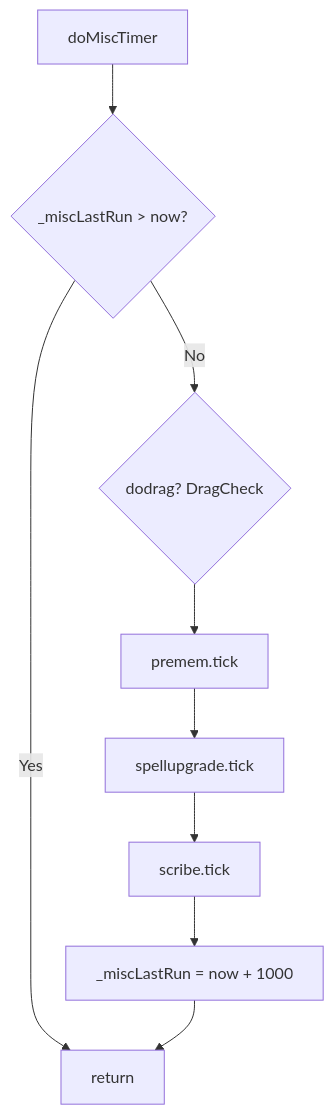
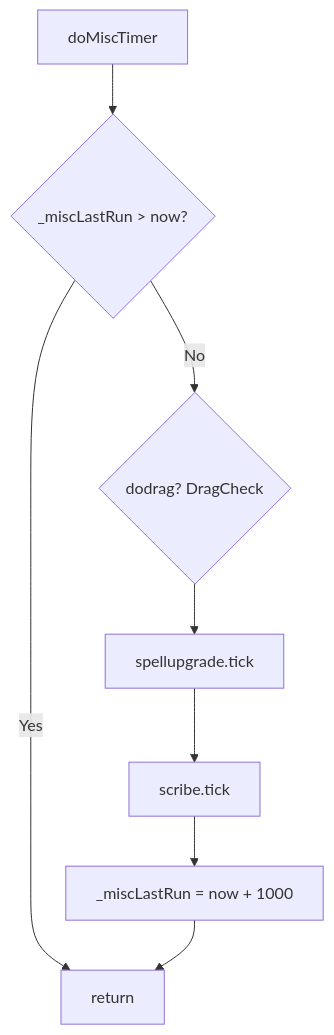
Before and after one commit to Cezero/czbot: the diagram in docs/botlogic/hook-domisctimer.md, drawn with Mermaid. The commit also changed other lines of this file and 19 other files, not shown here.

````diff
--- a/docs/botlogic/hook-domisctimer.md
+++ b/docs/botlogic/hook-domisctimer.md
@@ -12,11 +12,10 @@
 ```mermaid
 flowchart TB
     Start[doMiscTimer] --> Throttle{_miscLastRun > now?}
     Throttle -->|Yes| End[return]
     Throttle -->|No| Drag{dodrag? DragCheck}
-    Drag --> Premem[premem.tick]
-    Premem --> Upgrade[spellupgrade.tick]
+    Drag --> Upgrade[spellupgrade.tick]
     Upgrade --> Scribe[scribe.tick]
     Scribe --> SetLast[_miscLastRun = now + 1000]
     SetLast --> End
 ```
````
